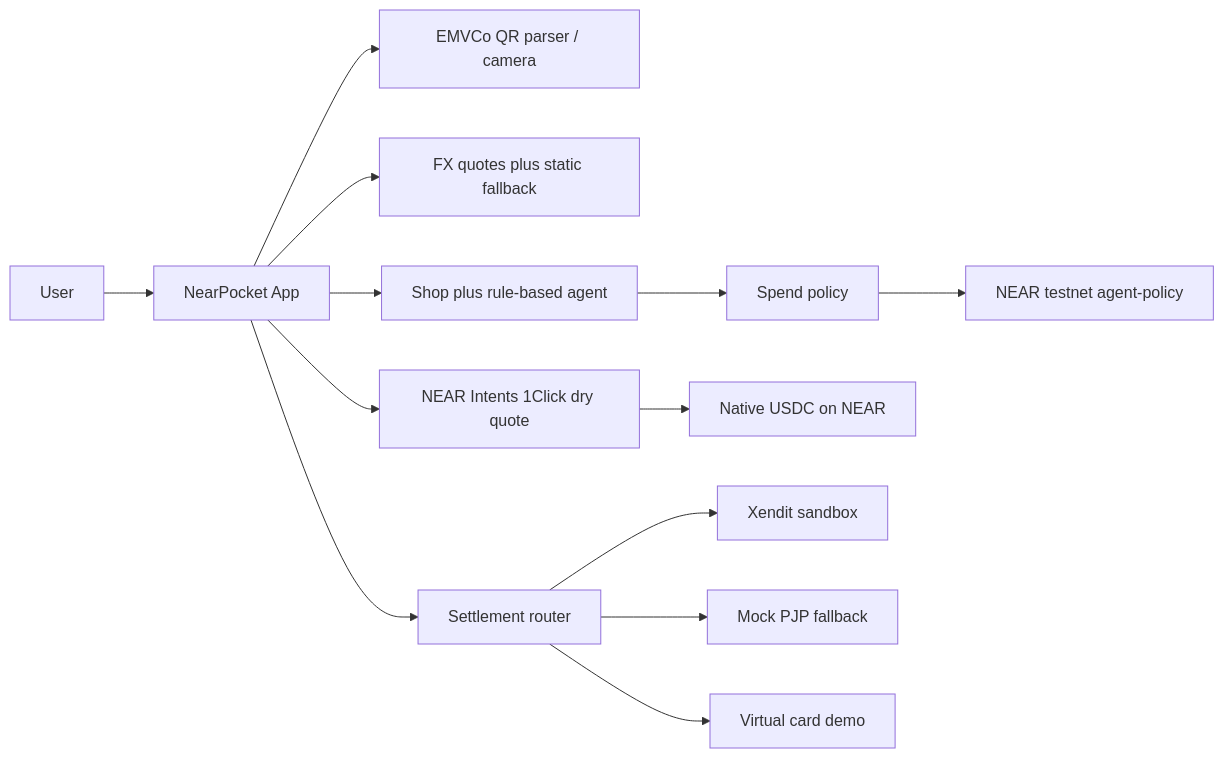
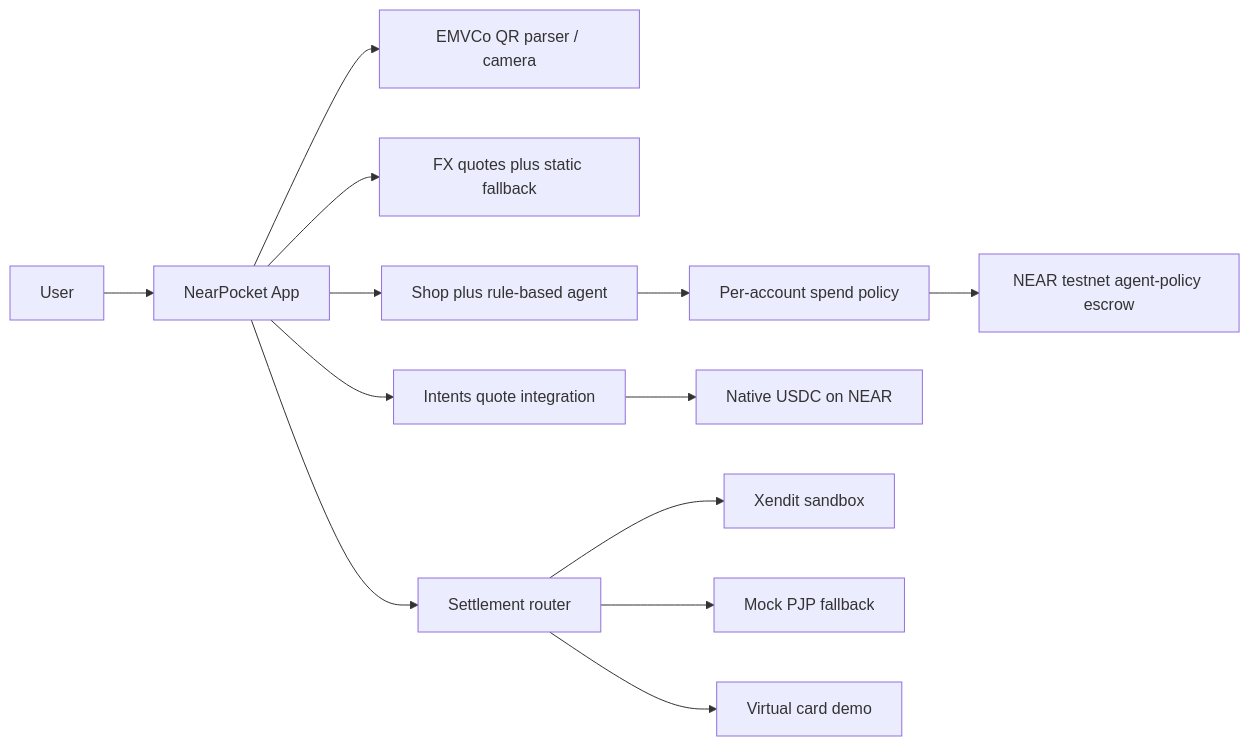
The diagram in README.md (mozoraID/nearpocket), drawn with Mermaid before and after one commit. The commit also changed other lines of this file and 43 other files, not shown here.

First line of the commit message:
Escrow USDC per wallet and label demo, sandbox, and testnet payments (#10)

````diff
--- a/README.md
+++ b/README.md
@@ -234,15 +287,15 @@
 ```mermaid
 flowchart LR
   User --> App[NearPocket App]
   App --> QR[EMVCo QR parser / camera]
   App --> FX[FX quotes plus static fallback]
   App --> Shop[Shop plus rule-based agent]
-  Shop --> Policy[Spend policy]
-  Policy --> Chain[NEAR testnet agent-policy]
-  App --> Intents[NEAR Intents 1Click dry quote]
+  Shop --> Policy[Per-account spend policy]
+  Policy --> Chain[NEAR testnet agent-policy escrow]
+  App --> Intents[Intents quote integration]
   Intents --> USDC[Native USDC on NEAR]
   App --> Settle[Settlement router]
   Settle --> Xendit[Xendit sandbox]
   Settle --> Mock[Mock PJP fallback]
   Settle --> Card[Virtual card demo]
 ```
````
